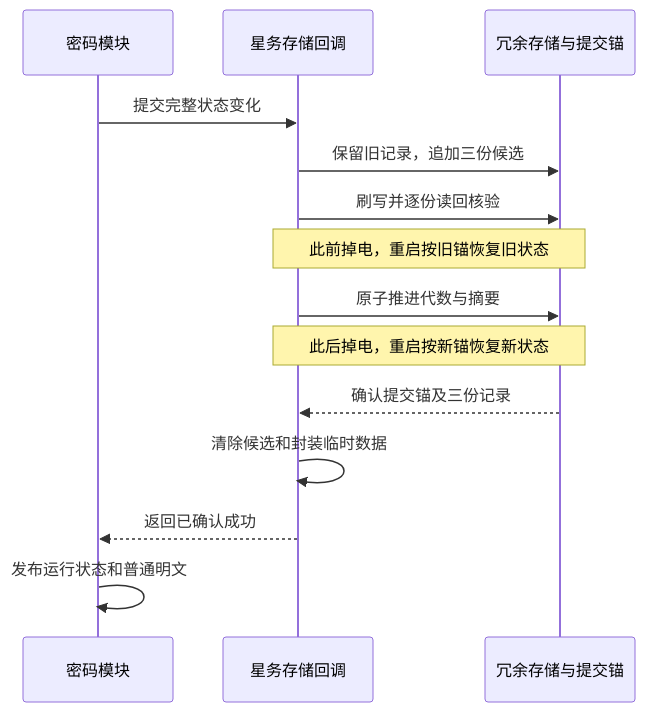
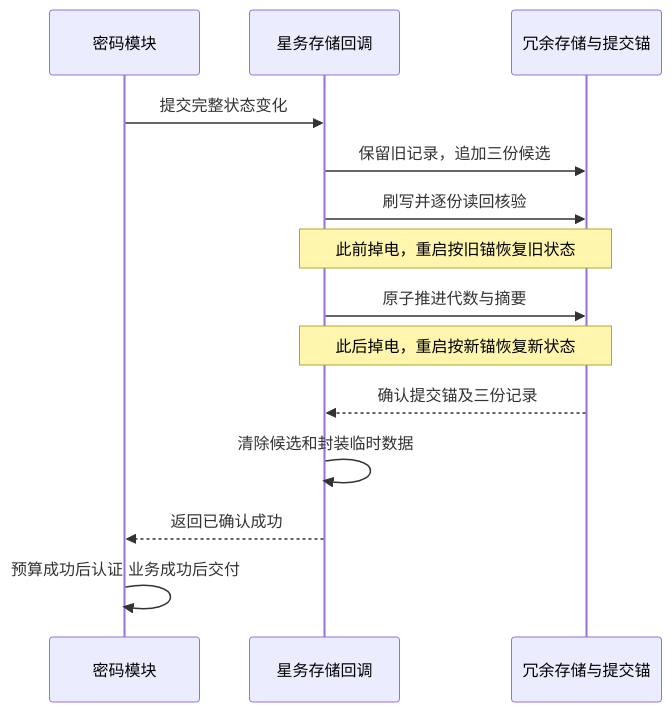
Before and after one commit to HangzeGao/key-vault: the seventh of 11 diagrams in docs/FLIGHT_INTERFACE_MANUAL.md, drawn with Mermaid. The commit also changed other lines of this file and 92 other files, not shown here.

````diff
--- a/docs/FLIGHT_INTERFACE_MANUAL.md
+++ b/docs/FLIGHT_INTERFACE_MANUAL.md
@@ -705,16 +738,16 @@
 ```mermaid
 sequenceDiagram
     participant C as 密码模块
     participant P as 星务存储回调
     participant N as 冗余存储与提交锚
     C->>P: 提交完整状态变化
     P->>N: 保留旧记录，追加三份候选
     P->>N: 刷写并逐份读回核验
     Note over P,N: 此前掉电，重启按旧锚恢复旧状态
     P->>N: 原子推进代数与摘要
     Note over P,N: 此后掉电，重启按新锚恢复新状态
     N-->>P: 确认提交锚及三份记录
     P->>P: 清除候选和封装临时数据
     P-->>C: 返回已确认成功
-    C->>C: 发布运行状态和普通明文
+    C->>C: 预算成功后认证 业务成功后交付
 ```
````
